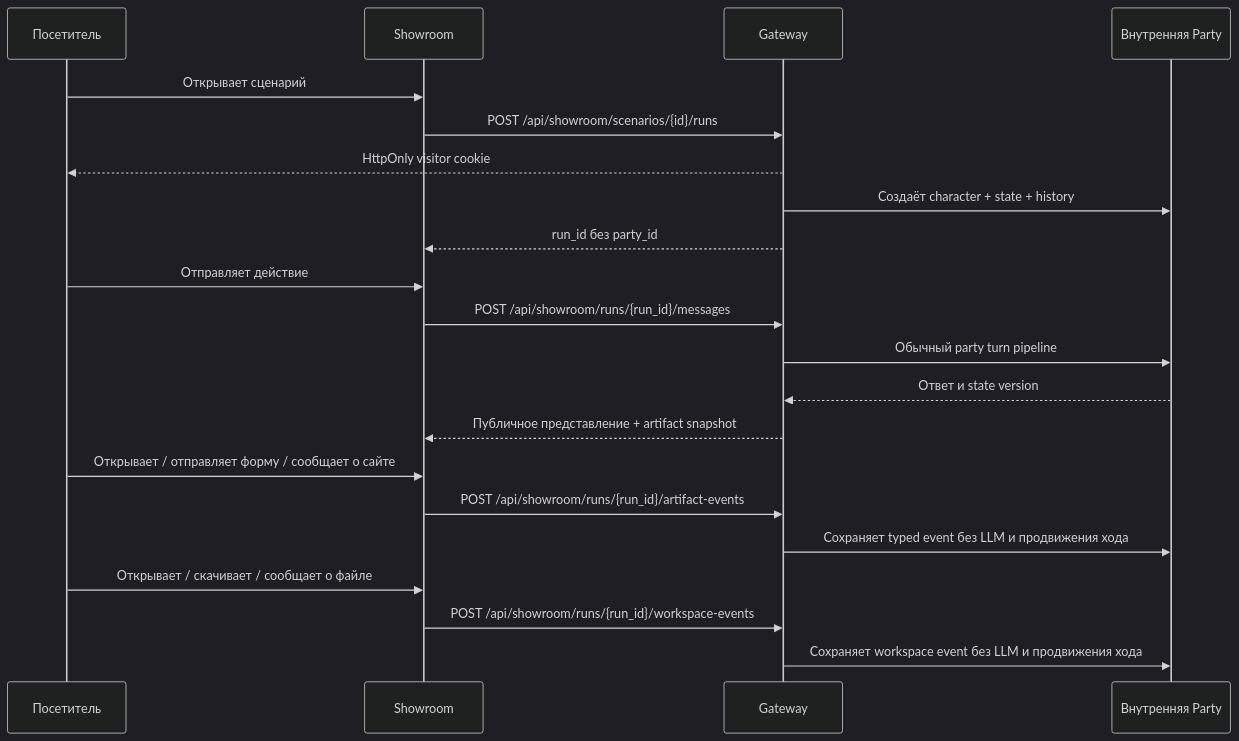
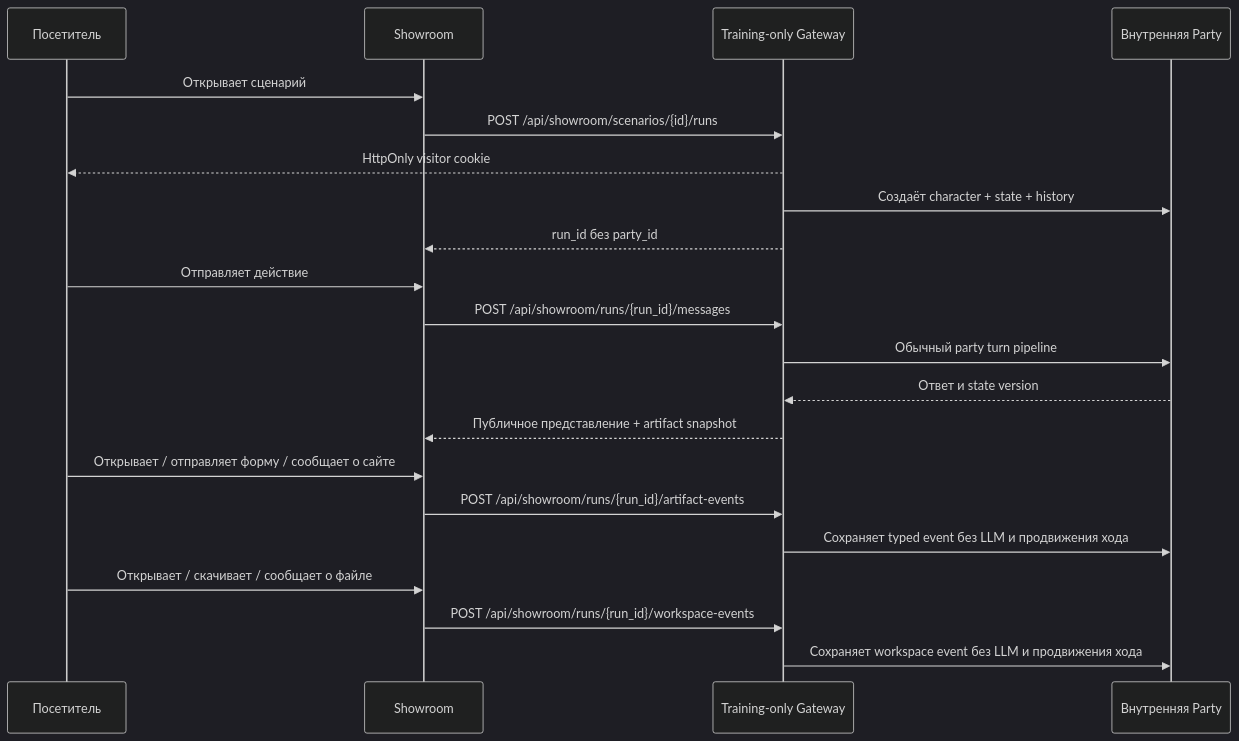
The diagram in docs/wiki/02-interfaces.md (abykovwww-byte/ubuntu_ansible_palybooks), drawn with Mermaid (dark theme) before and after one commit. The commit also changed other lines of this file and 44 other files, not shown here.

````diff
--- a/docs/wiki/02-interfaces.md
+++ b/docs/wiki/02-interfaces.md
@@ -209,24 +217,24 @@
 ```mermaid
 sequenceDiagram
     participant Visitor as Посетитель
     participant UI as Showroom
-    participant GW as Gateway
+    participant GW as Training-only Gateway
     participant Party as Внутренняя Party
 
     Visitor->>UI: Открывает сценарий
     UI->>GW: POST /api/showroom/scenarios/{id}/runs
     GW-->>Visitor: HttpOnly visitor cookie
     GW->>Party: Создаёт character + state + history
     GW-->>UI: run_id без party_id
     Visitor->>UI: Отправляет действие
     UI->>GW: POST /api/showroom/runs/{run_id}/messages
     GW->>Party: Обычный party turn pipeline
     Party-->>GW: Ответ и state version
     GW-->>UI: Публичное представление + artifact snapshot
     Visitor->>UI: Открывает / отправляет форму / сообщает о сайте
     UI->>GW: POST /api/showroom/runs/{run_id}/artifact-events
     GW->>Party: Сохраняет typed event без LLM и продвижения хода
     Visitor->>UI: Открывает / скачивает / сообщает о файле
     UI->>GW: POST /api/showroom/runs/{run_id}/workspace-events
     GW->>Party: Сохраняет workspace event без LLM и продвижения хода
 ```
````
